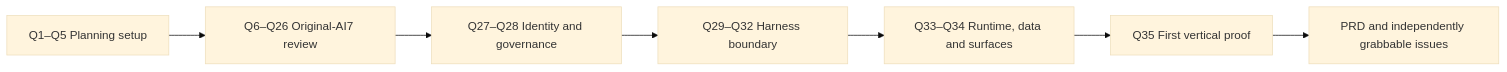
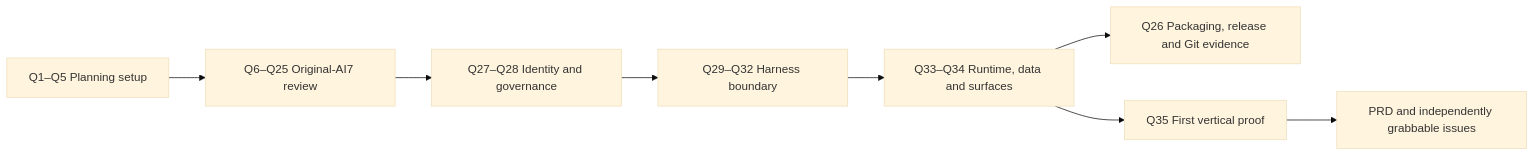
One commit to zhouy1017/ai7-harness changed the diagram in kick-in/05-decision-map.md. Above: the diagram before and after it, drawn with Mermaid (base theme). The commit also changed other lines of this file and 1 other file, not shown here.

````diff
--- a/kick-in/05-decision-map.md
+++ b/kick-in/05-decision-map.md
@@ -71,9 +71,10 @@
 ```mermaid
 flowchart LR
-    Setup["Q1–Q5 Planning setup"] --> Inheritance["Q6–Q26 Original-AI7 review"]
+    Setup["Q1–Q5 Planning setup"] --> Inheritance["Q6–Q25 Original-AI7 review"]
     Inheritance --> Governance["Q27–Q28 Identity and governance"]
     Governance --> Harness["Q29–Q32 Harness boundary"]
     Harness --> Product["Q33–Q34 Runtime, data and surfaces"]
+    Product --> Packaging["Q26 Packaging, release and Git evidence"]
     Product --> Slice["Q35 First vertical proof"]
     Slice --> PRD["PRD and independently grabbable issues"]
 ```
````
